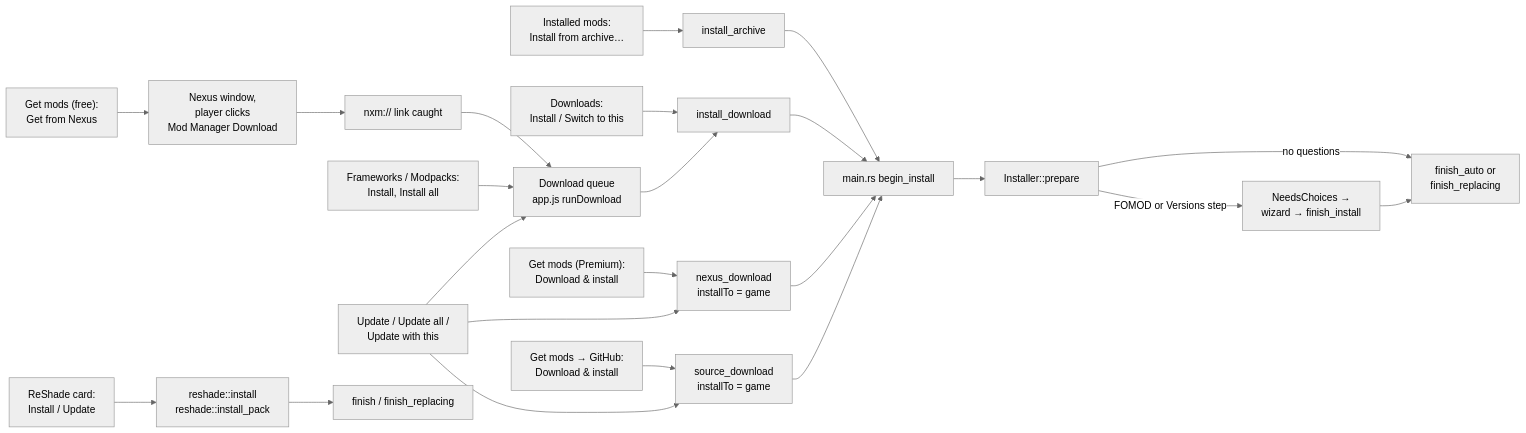
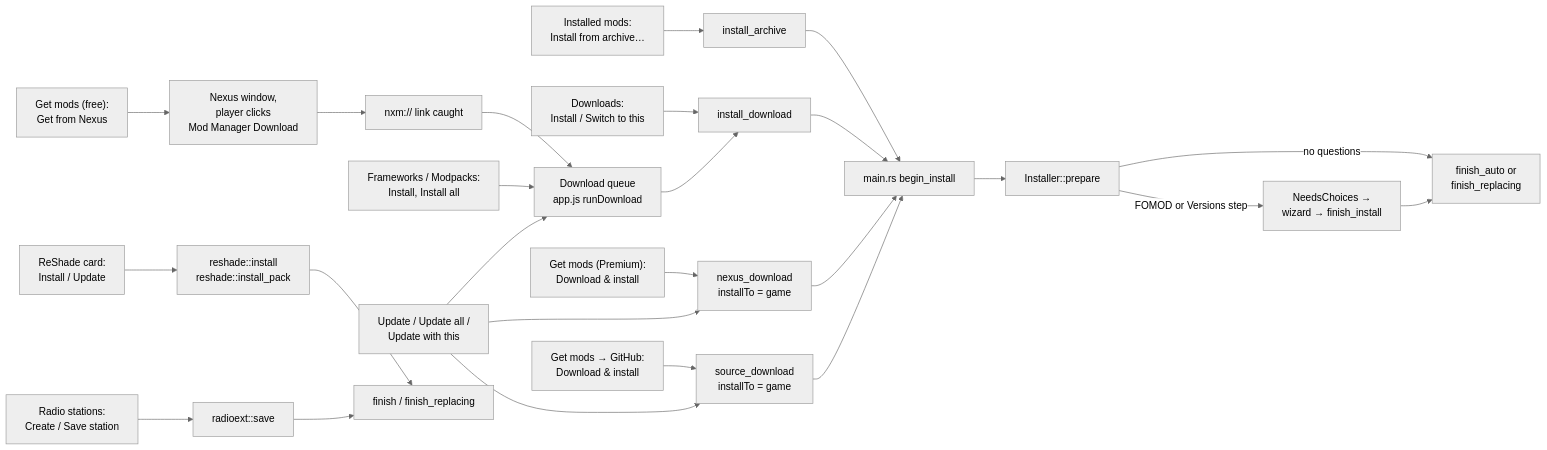
Before and after one commit to Higher-dimentionalSemanticsFanatic/LinuxCPMX2077: the diagram in docs/architecture/Entry points.md, drawn with Mermaid (neutral theme). The commit also changed other lines of this file and 17 other files, not shown here.

First line of the commit message:
Radio stations: manage and create radioExt stations

````diff
--- a/docs/architecture/Entry points.md
+++ b/docs/architecture/Entry points.md
@@ -12,16 +12,17 @@
 ```mermaid
 flowchart LR
   file["Installed mods:<br/>Install from archive…"] --> ia[install_archive]
   dl["Downloads:<br/>Install / Switch to this"] --> idl[install_download]
   prem["Get mods (Premium):<br/>Download & install"] --> nd[nexus_download<br/>installTo = game]
   free["Get mods (free):<br/>Get from Nexus"] --> win[Nexus window,<br/>player clicks<br/>Mod Manager Download] --> nxm[nxm:// link caught] --> q
   gh["Get mods → GitHub:<br/>Download & install"] --> sd[source_download<br/>installTo = game]
   fw["Frameworks / Modpacks:<br/>Install, Install all"] --> q[Download queue<br/>app.js runDownload] --> idl
   upd["Update / Update all /<br/>Update with this"] --> nd & sd & q
   ia & idl & nd & sd --> bi[main.rs begin_install]
   bi --> prep[Installer::prepare]
   prep -- FOMOD or Versions step --> pend[NeedsChoices →<br/>wizard → finish_install]
   prep -- no questions --> auto[finish_auto or<br/>finish_replacing]
   pend --> auto
   rsh["ReShade card:<br/>Install / Update"] --> rsi[reshade::install<br/>reshade::install_pack] --> fin[finish / finish_replacing]
+  rad["Radio stations:<br/>Create / Save station"] --> rds[radioext::save] --> fin
 ```
````
